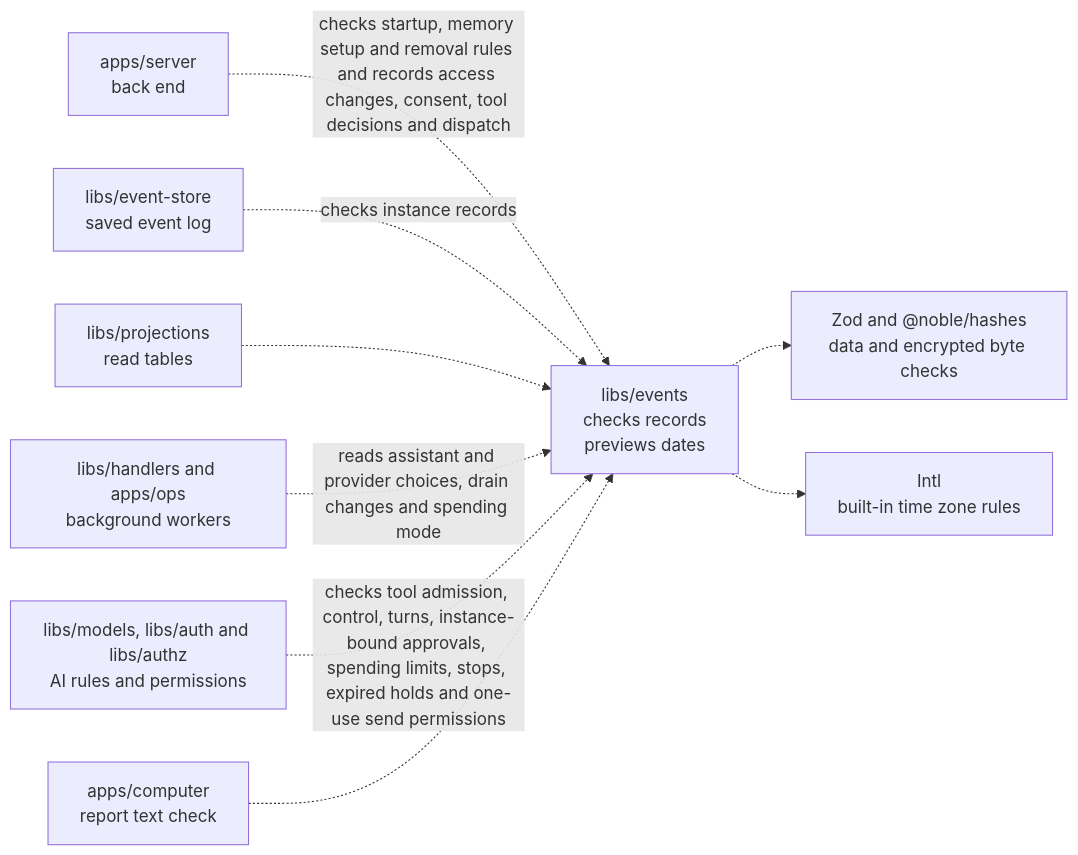
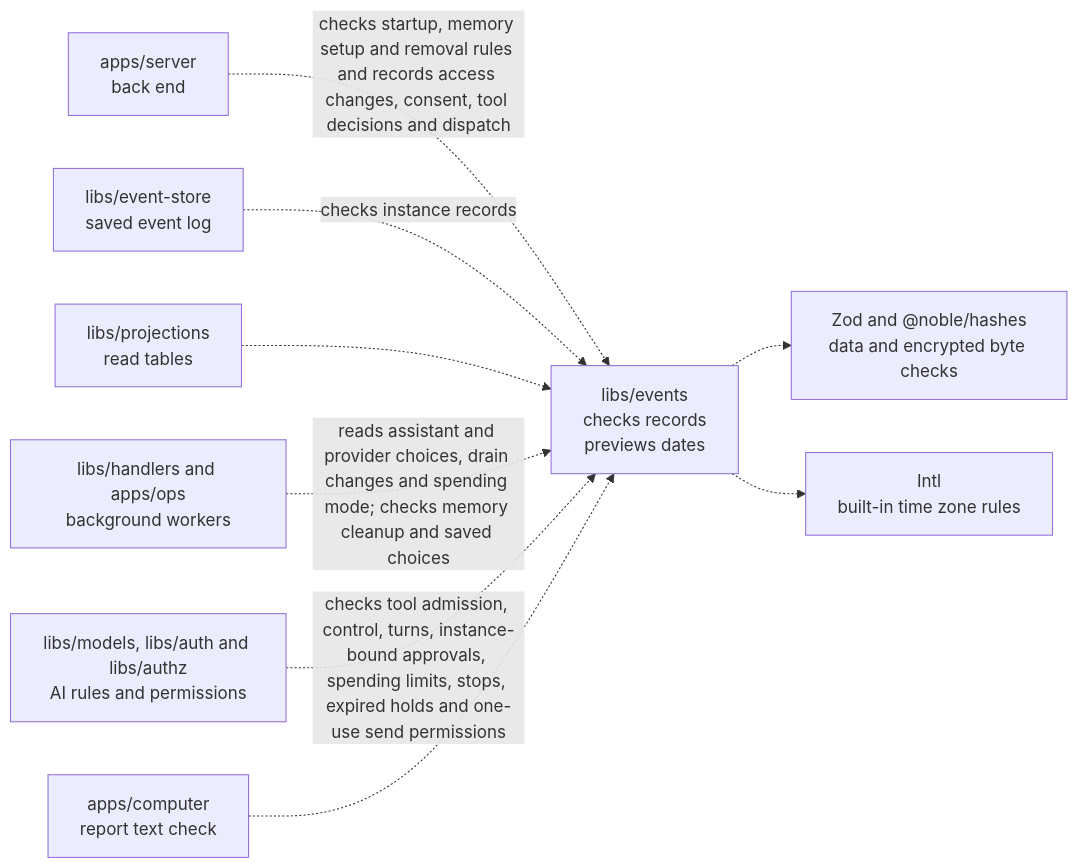
Before and after one commit to elewa-git/opencrane-new: the diagram in libs/events/README.md, drawn with Mermaid. The commit also changed other lines of this file and 19 other files, not shown here.

Commit message:
🧠 Destroy forgotten personal memory keys and record verified cleanup

````diff
--- a/libs/events/README.md
+++ b/libs/events/README.md
@@ -25,11 +25,11 @@
 ```mermaid
 flowchart LR
   server["apps/server<br/>back end"] -.->|checks startup, memory setup and removal rules and records access changes, consent, tool decisions and dispatch| events["libs/events<br/>checks records<br/>previews dates"]
   store["libs/event-store<br/>saved event log"] -.->|checks instance records| events
   projections["libs/projections<br/>read tables"] -.-> events
-  workers["libs/handlers and apps/ops<br/>background workers"] -.->|reads assistant and provider choices, drain changes and spending mode| events
+  workers["libs/handlers and apps/ops<br/>background workers"] -.->|reads assistant and provider choices, drain changes and spending mode; checks memory cleanup and saved choices| events
   others["libs/models, libs/auth and libs/authz<br/>AI rules and permissions"] -.->|checks tool admission, control, turns, instance-bound approvals, spending limits, stops, expired holds and one-use send permissions| events
   computer["apps/computer<br/>report text check"] -.-> events
   events -.-> checks["Zod and @noble/hashes<br/>data and encrypted byte checks"]
   events -.-> zones["Intl<br/>built-in time zone rules"]
 ```
````
